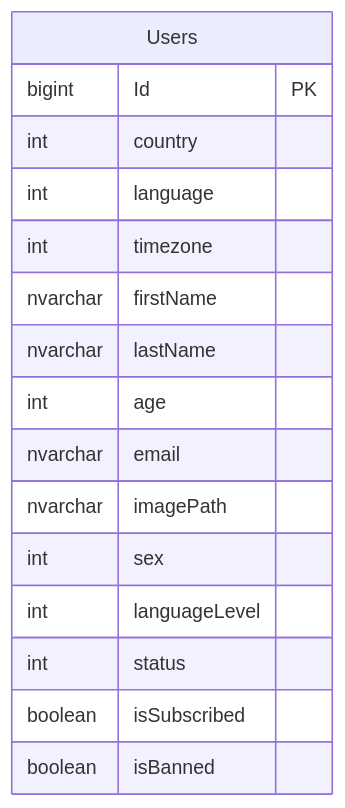
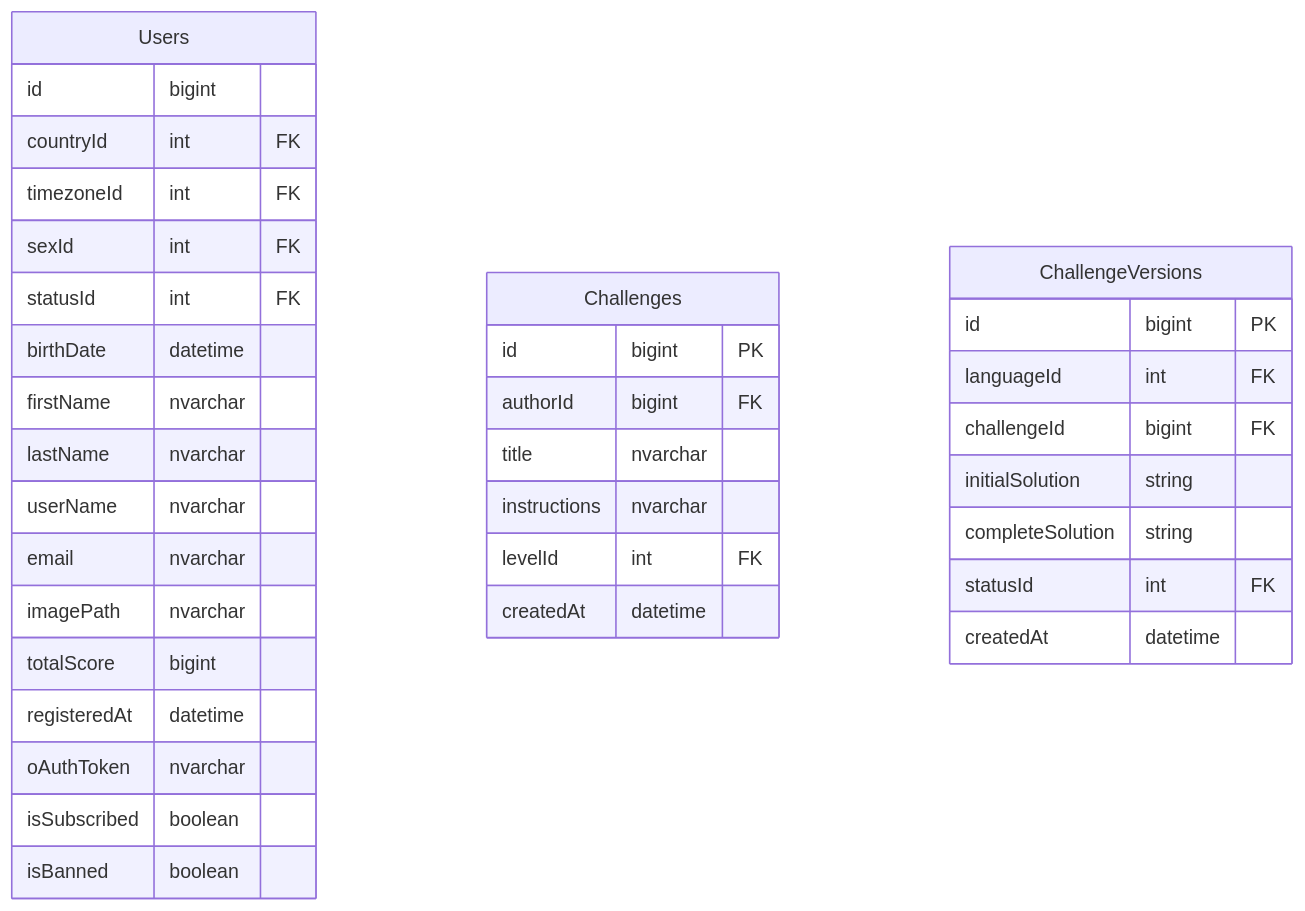
Before and after one commit to BinaryStudioAcademy/bsa-2023-leetwars: the diagram in README.md, drawn with Mermaid.

Commit message:
task#2: add main tables

````diff
--- a/README.md
+++ b/README.md
@@ -37,20 +37,41 @@
 ```mermaid
 erDiagram
-  Users {
-    bigint Id PK
-    int country
-    int language
-    int timezone
-    nvarchar firstName
-    nvarchar lastName
-    int age
-    nvarchar email
-    nvarchar imagePath
-    int sex
-    int languageLevel
-    int status
-    boolean isSubscribed
-    boolean isBanned
-  }
+    Users {
+        id bigint
+        countryId int FK
+        timezoneId int FK
+        sexId int FK
+        statusId int FK
+        birthDate datetime
+        firstName nvarchar
+        lastName nvarchar
+        userName nvarchar
+        email nvarchar
+        imagePath nvarchar
+        totalScore bigint
+        registeredAt datetime
+        oAuthToken nvarchar
+        isSubscribed boolean
+        isBanned boolean
+    }
+
+    Challenges {
+        id bigint PK
+        authorId bigint FK
+        title nvarchar
+        instructions nvarchar
+        levelId int FK
+        createdAt datetime
+    }
+
+    ChallengeVersions{
+        id bigint PK
+        languageId int FK
+        challengeId bigint FK
+        initialSolution string
+        completeSolution string
+        statusId int FK
+        createdAt datetime
+    }
 
 ```
````
